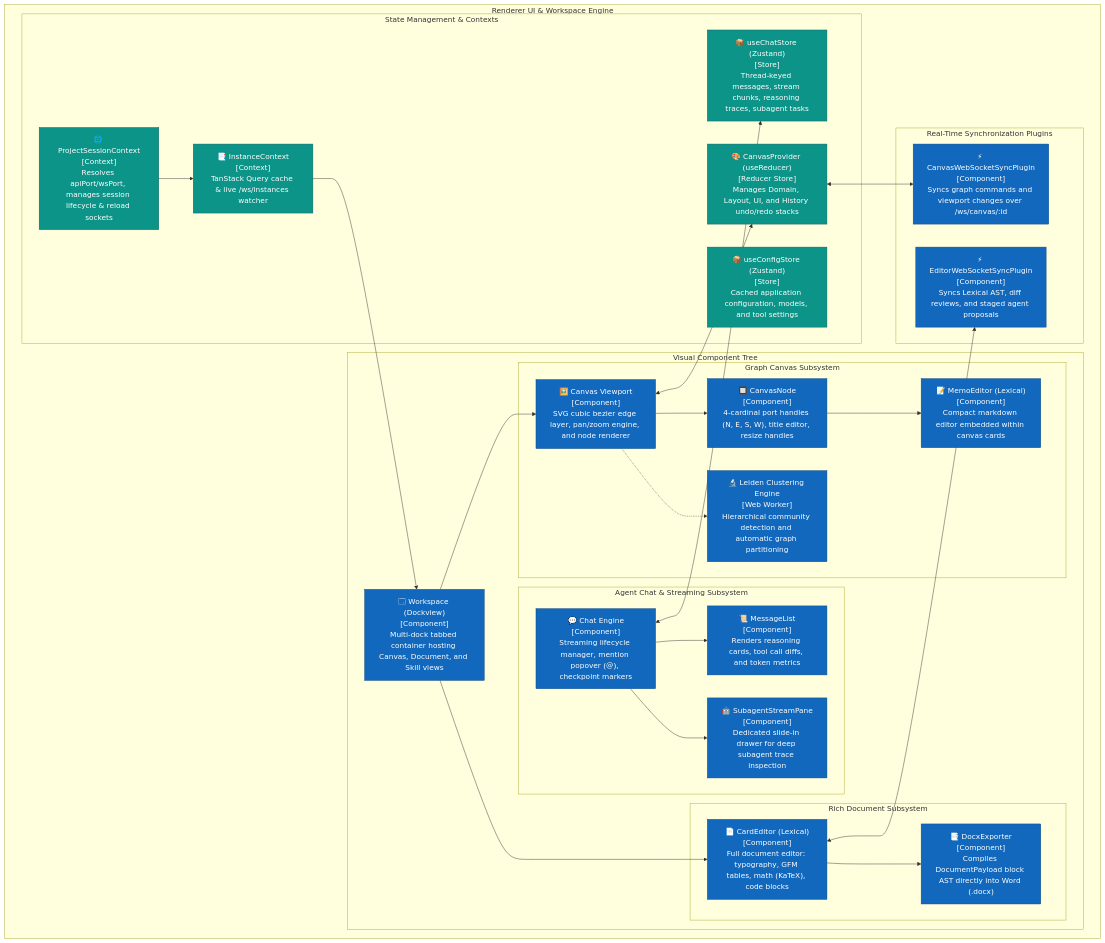
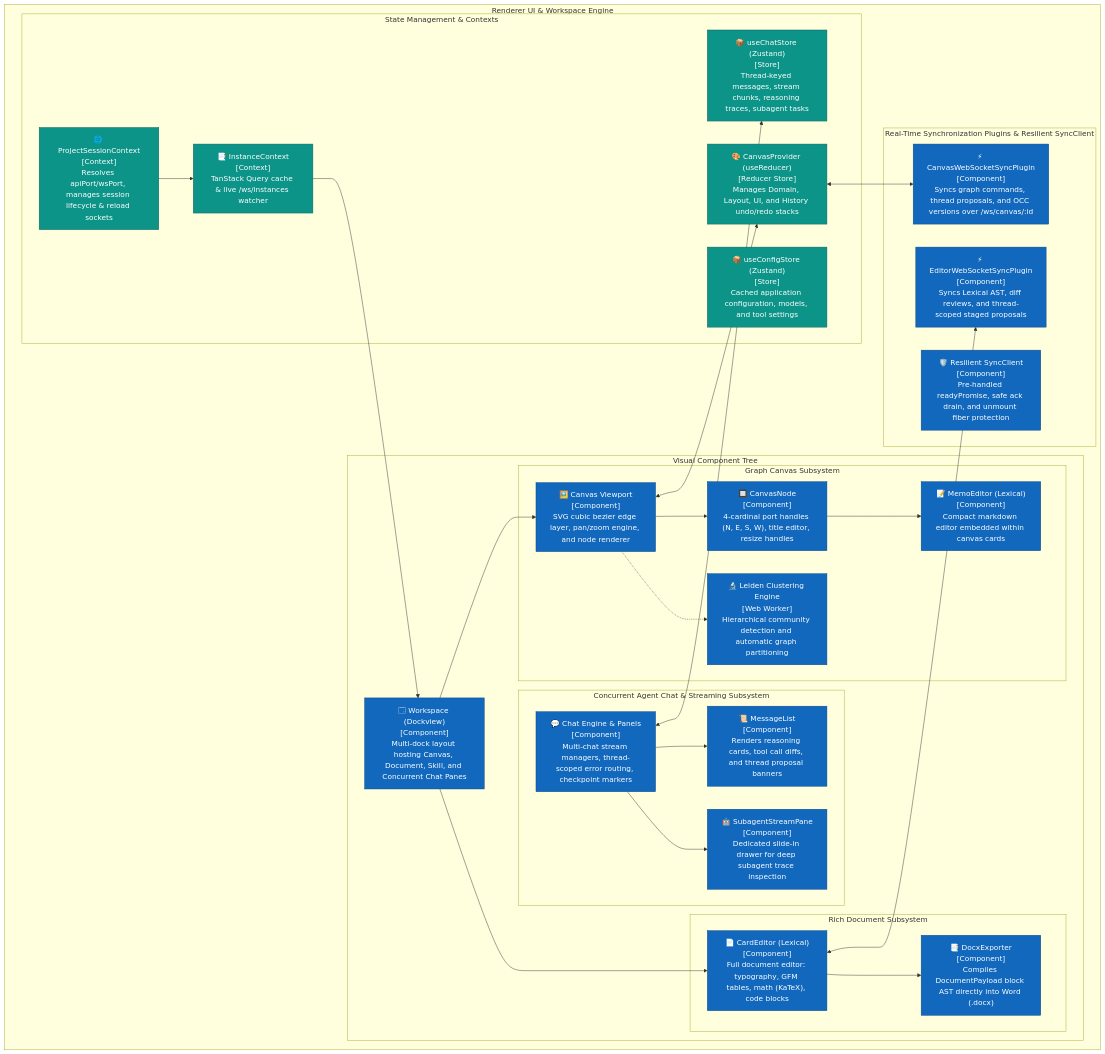
Before and after one commit to Goldwaterfung/Collaragent: the diagram in docs/design-catalog/c3-components/component-renderer-ui.mmd, drawn with Mermaid. The commit also changed 31 other files, not shown here.

```diff
--- a/docs/design-catalog/c3-components/component-renderer-ui.mmd
+++ b/docs/design-catalog/c3-components/component-renderer-ui.mmd
@@ -1,60 +1,61 @@
 flowchart TB
     %% C3 Renderer UI Styling
     classDef component fill:#1168bd,stroke:#0b4884,color:#fff;
     classDef store fill:#0d9488,stroke:#115e59,color:#fff;
     classDef boundary fill:none,stroke:#94a3b8,stroke-width:2px,stroke-dasharray: 5 5;
 
     subgraph RendererWorkspaceBoundary ["Renderer UI & Workspace Engine"]
         
         subgraph StateLayer ["State Management & Contexts"]
             ChatStore["📦 useChatStore (Zustand)<br/>[Store]<br/>Thread-keyed messages, stream chunks, reasoning traces, subagent tasks"]:::store
             ConfigStore["📦 useConfigStore (Zustand)<br/>[Store]<br/>Cached application configuration, models, and tool settings"]:::store
             SessionCtx["🌐 ProjectSessionContext<br/>[Context]<br/>Resolves apiPort/wsPort, manages session lifecycle & reload sockets"]:::store
             InstanceCtx["📑 InstanceContext<br/>[Context]<br/>TanStack Query cache & live /ws/instances watcher"]:::store
             CanvasStore["🎨 CanvasProvider (useReducer)<br/>[Reducer Store]<br/>Manages Domain, Layout, UI, and History undo/redo stacks"]:::store
         end
 
         subgraph ViewLayer ["Visual Component Tree"]
-            DockviewHost["🗔 Workspace (Dockview)<br/>[Component]<br/>Multi-dock tabbed container hosting Canvas, Document, and Skill views"]:::component
+            DockviewHost["🗔 Workspace (Dockview)<br/>[Component]<br/>Multi-dock layout hosting Canvas, Document, Skill, and Concurrent Chat Panes"]:::component
             
             subgraph CanvasView ["Graph Canvas Subsystem"]
                 CanvasViewport["🖼️ Canvas Viewport<br/>[Component]<br/>SVG cubic bezier edge layer, pan/zoom engine, and node renderer"]:::component
                 CanvasNodeComp["🔲 CanvasNode<br/>[Component]<br/>4-cardinal port handles (N, E, S, W), title editor, resize handles"]:::component
                 MemoEditor["📝 MemoEditor (Lexical)<br/>[Component]<br/>Compact markdown editor embedded within canvas cards"]:::component
                 LeidenWorker["🔬 Leiden Clustering Engine<br/>[Web Worker]<br/>Hierarchical community detection and automatic graph partitioning"]:::component
             end
             
             subgraph DocumentView ["Rich Document Subsystem"]
                 CardEditor["📄 CardEditor (Lexical)<br/>[Component]<br/>Full document editor: typography, GFM tables, math (KaTeX), code blocks"]:::component
                 DocxExporter["📑 DocxExporter<br/>[Component]<br/>Compiles DocumentPayload block AST directly into Word (.docx)"]:::component
             end
 
-            subgraph ChatView ["Agent Chat & Streaming Subsystem"]
-                ChatEngine["💬 Chat Engine<br/>[Component]<br/>Streaming lifecycle manager, mention popover (@), checkpoint markers"]:::component
-                MessageListComp["📜 MessageList<br/>[Component]<br/>Renders reasoning cards, tool call diffs, and token metrics"]:::component
+            subgraph ChatView ["Concurrent Agent Chat & Streaming Subsystem"]
+                ChatEngine["💬 Chat Engine & Panels<br/>[Component]<br/>Multi-chat stream managers, thread-scoped error routing, checkpoint markers"]:::component
+                MessageListComp["📜 MessageList<br/>[Component]<br/>Renders reasoning cards, tool call diffs, and thread proposal banners"]:::component
                 SubagentPane["🤖 SubagentStreamPane<br/>[Component]<br/>Dedicated slide-in drawer for deep subagent trace inspection"]:::component
             end
         end
 
-        subgraph SyncLayer ["Real-Time Synchronization Plugins"]
-            CanvasSync["⚡ CanvasWebSocketSyncPlugin<br/>[Component]<br/>Syncs graph commands and viewport changes over /ws/canvas/:id"]:::component
-            EditorSync["⚡ EditorWebSocketSyncPlugin<br/>[Component]<br/>Syncs Lexical AST, diff reviews, and staged agent proposals"]:::component
+        subgraph SyncLayer ["Real-Time Synchronization Plugins & Resilient SyncClient"]
+            CanvasSync["⚡ CanvasWebSocketSyncPlugin<br/>[Component]<br/>Syncs graph commands, thread proposals, and OCC versions over /ws/canvas/:id"]:::component
+            EditorSync["⚡ EditorWebSocketSyncPlugin<br/>[Component]<br/>Syncs Lexical AST, diff reviews, and thread-scoped staged proposals"]:::component
+            ClientLifecycle["🛡️ Resilient SyncClient<br/>[Component]<br/>Pre-handled readyPromise, safe ack drain, and unmount fiber protection"]:::component
         end
     end
 
     SessionCtx --> InstanceCtx
     InstanceCtx --> DockviewHost
     DockviewHost --> CanvasViewport
     DockviewHost --> CardEditor
     CanvasViewport --> CanvasNodeComp
     CanvasNodeComp --> MemoEditor
     CanvasViewport -.-> LeidenWorker
     
     CardEditor --> DocxExporter
     ChatEngine --> MessageListComp
     ChatEngine --> SubagentPane
     
     ChatEngine <--> ChatStore
     CanvasViewport <--> CanvasStore
     CanvasStore <--> CanvasSync
     CardEditor <--> EditorSync
```
